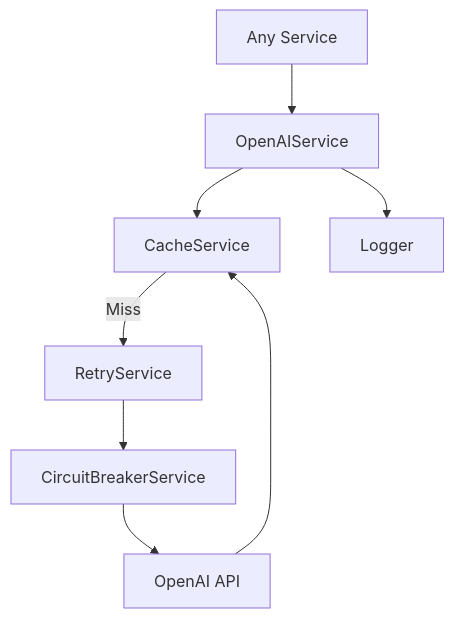
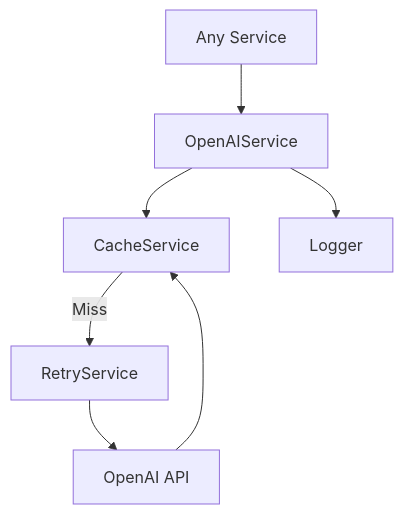
Before and after one commit to SergiuT/audit-forge: the diagram in docs/ai-embedding.md, drawn with Mermaid. The commit also changed 4 other files, not shown here.

Commit message:
Update diagrams

````diff
--- a/docs/ai-embedding.md
+++ b/docs/ai-embedding.md
@@ -1,10 +1,9 @@
 ```mermaid
 graph TD;
     AnyService["Any Service"] --> OpenAIService["OpenAIService"];
     OpenAIService --> CacheCheck["CacheService"];
     CacheCheck -->|Miss| Retry["RetryService"];
-    Retry --> CircuitBreaker["CircuitBreakerService"];
-    CircuitBreaker --> API["OpenAI API"];
+    Retry --> API["OpenAI API"];
     API --> CacheCheck;
     OpenAIService --> Logger["Logger"];
 ```
````
